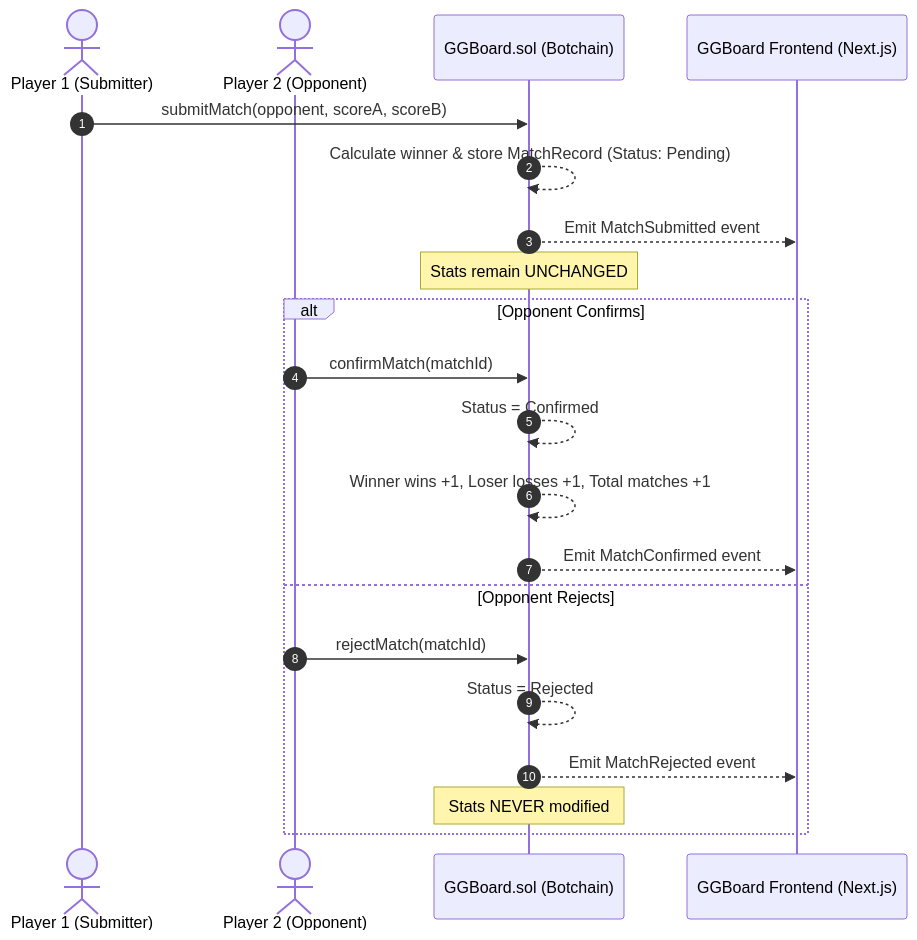
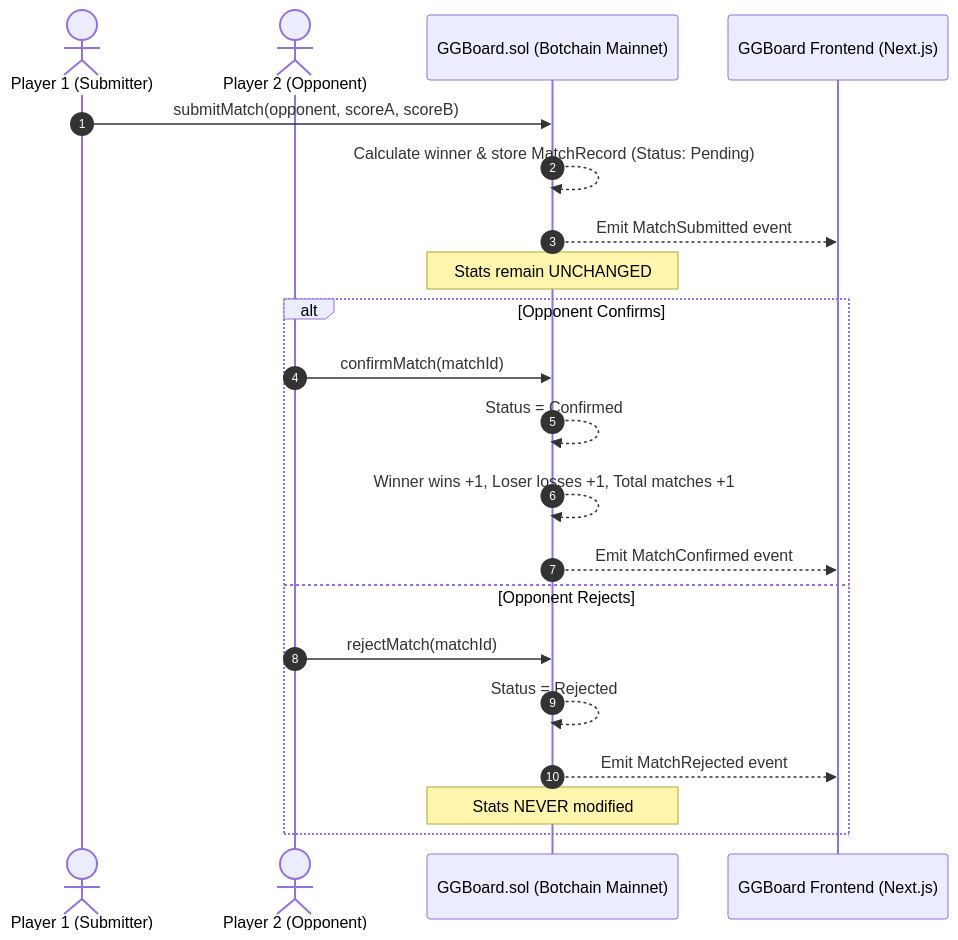
The first of 2 diagrams in WHITEPAPER.md (liljhnxn/ggboard), drawn with Mermaid before and after one commit. The commit also changed other lines of this file and 16 other files, not shown here.

Commit message:
Deploy to Botchain Mainnet (Chain ID 677) and verify contract

````diff
--- a/WHITEPAPER.md
+++ b/WHITEPAPER.md
@@ -60,25 +62,25 @@
 ```mermaid
 sequenceDiagram
     autonumber
     actor PlayerA as Player 1 (Submitter)
     actor PlayerB as Player 2 (Opponent)
-    participant Contract as GGBoard.sol (Botchain)
+    participant Contract as GGBoard.sol (Botchain Mainnet)
     participant Frontend as GGBoard Frontend (Next.js)
 
     PlayerA->>Contract: submitMatch(opponent, scoreA, scoreB)
     Contract-->>Contract: Calculate winner & store MatchRecord (Status: Pending)
     Contract-->>Frontend: Emit MatchSubmitted event
     Note over Contract: Stats remain UNCHANGED
     
     alt Opponent Confirms
         PlayerB->>Contract: confirmMatch(matchId)
         Contract-->>Contract: Status = Confirmed
         Contract-->>Contract: Winner wins +1, Loser losses +1, Total matches +1
         Contract-->>Frontend: Emit MatchConfirmed event
     else Opponent Rejects
         PlayerB->>Contract: rejectMatch(matchId)
         Contract-->>Contract: Status = Rejected
         Contract-->>Frontend: Emit MatchRejected event
         Note over Contract: Stats NEVER modified
     end
 ```
````
